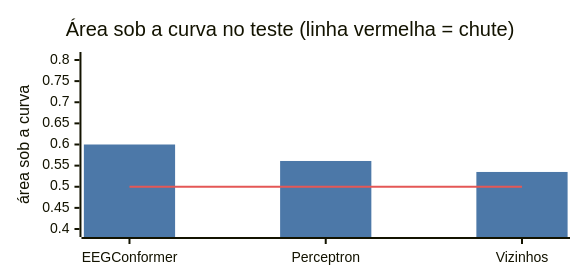
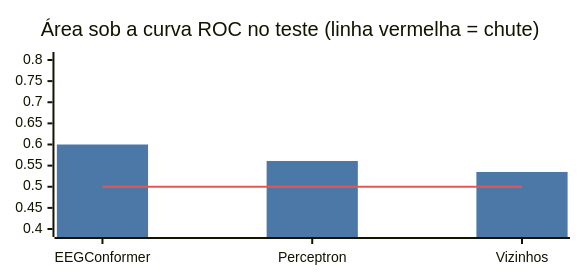
One commit to kafb04/data-engineering-multimodal-ai changed the eighth of 8 diagrams in README.md. Above: the diagram before and after it, drawn with Mermaid. The commit also changed other lines of this file and 7 other files, not shown here.

````diff
--- a/README.md
+++ b/README.md
@@ -212,17 +243,17 @@
 ```mermaid
 ---
 config:
   xyChart:
     width: 560
     height: 260
   themeVariables:
     xyChart:
       plotColorPalette: "#4C78A8, #E45756"
 ---
 xychart-beta
-    title "Área sob a curva no teste (linha vermelha = chute)"
+    title "Área sob a curva ROC no teste (linha vermelha = chute)"
     x-axis ["EEGConformer", "Perceptron", "Vizinhos"]
-    y-axis "área sob a curva" 0.4 --> 0.8
+    y-axis 0.4 --> 0.8
     bar [0.600, 0.561, 0.535]
     line [0.5, 0.5, 0.5]
 ```
````
